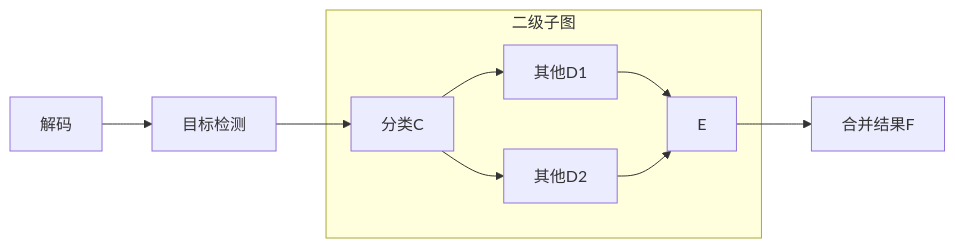
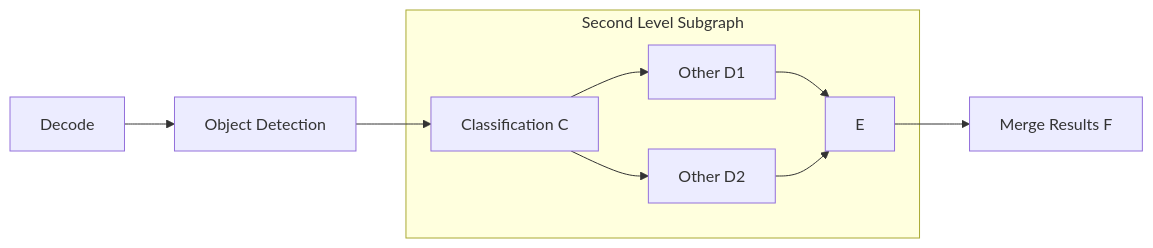
One commit to torchpipe/torchpipe.github.io changed the first of 5 diagrams in docs/Inter-node/graphtraversal.mdx. Above: the diagram before and after it, drawn with Mermaid. The commit also changed other lines of this file and 3 other files, not shown here.

````diff
--- a/docs/Inter-node/graphtraversal.mdx
+++ b/docs/Inter-node/graphtraversal.mdx
@@ -10,13 +10,13 @@
 ```mermaid
 flowchart LR
-    A[解码] --> B[目标检测]
-    B --> C[分类C]
-    subgraph 二级子图
-    C --> D1[其他D1]
-    C --> D2[其他D2]
+    A[Decode] --> B[Object Detection]
+    B --> C[Classification C]
+    subgraph Second Level Subgraph
+    C --> D1[Other D1]
+    C --> D2[Other D2]
     D1 --> E
     D2 --> E
     end
-    E --> F[合并结果F]
+    E --> F[Merge Results F]
     
 ```
````
